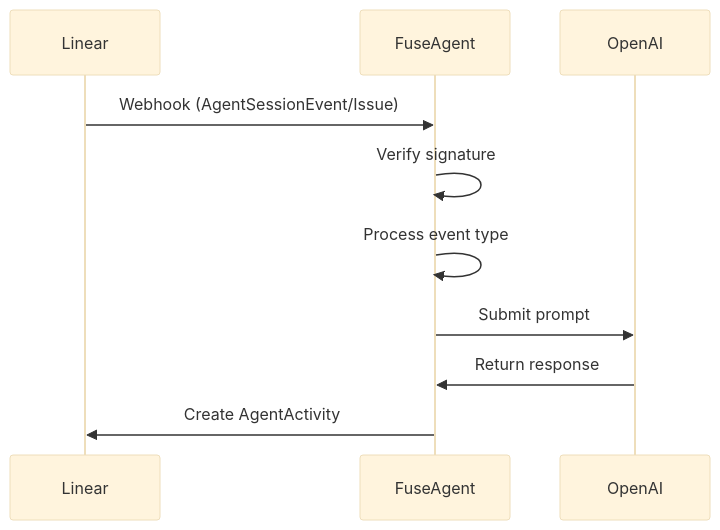
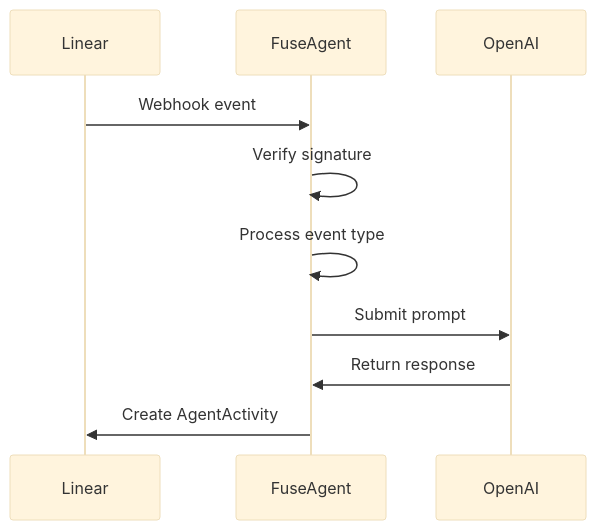
One commit to frankietoledo/Fuse-Agent-bot changed the diagram in README.md. Above: the diagram before and after it, drawn with Mermaid (base theme). The commit also changed other lines of this file and 1 other file, not shown here.

````diff
--- a/README.md
+++ b/README.md
@@ -85,13 +85,13 @@
 ```mermaid
 sequenceDiagram
     participant Linear
     participant FuseAgent
     participant OpenAI
-
-    Linear->>FuseAgent: Webhook (AgentSessionEvent/Issue)
+    
+    Linear->>FuseAgent: Webhook event
     FuseAgent->>FuseAgent: Verify signature
     FuseAgent->>FuseAgent: Process event type
     FuseAgent->>OpenAI: Submit prompt
     OpenAI->>FuseAgent: Return response
     FuseAgent->>Linear: Create AgentActivity
 ```
````
